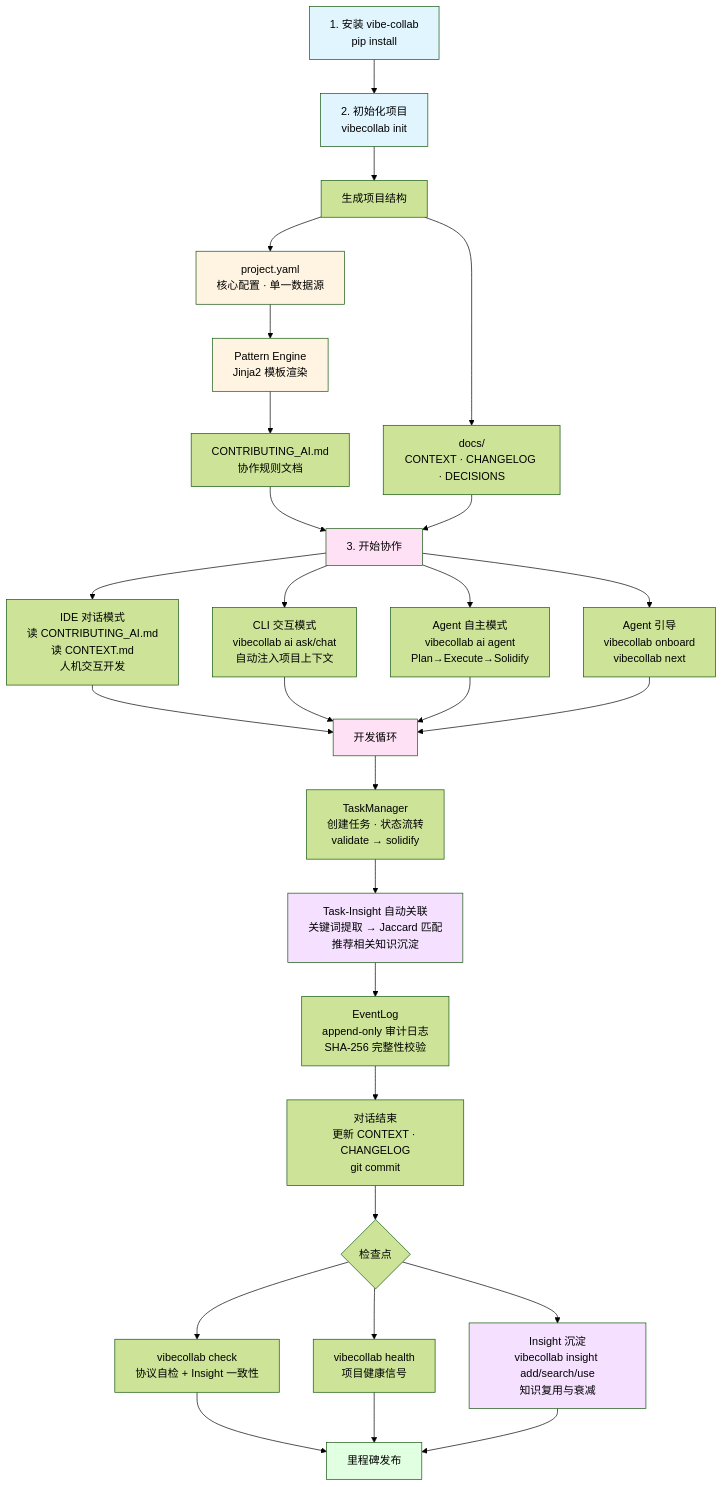
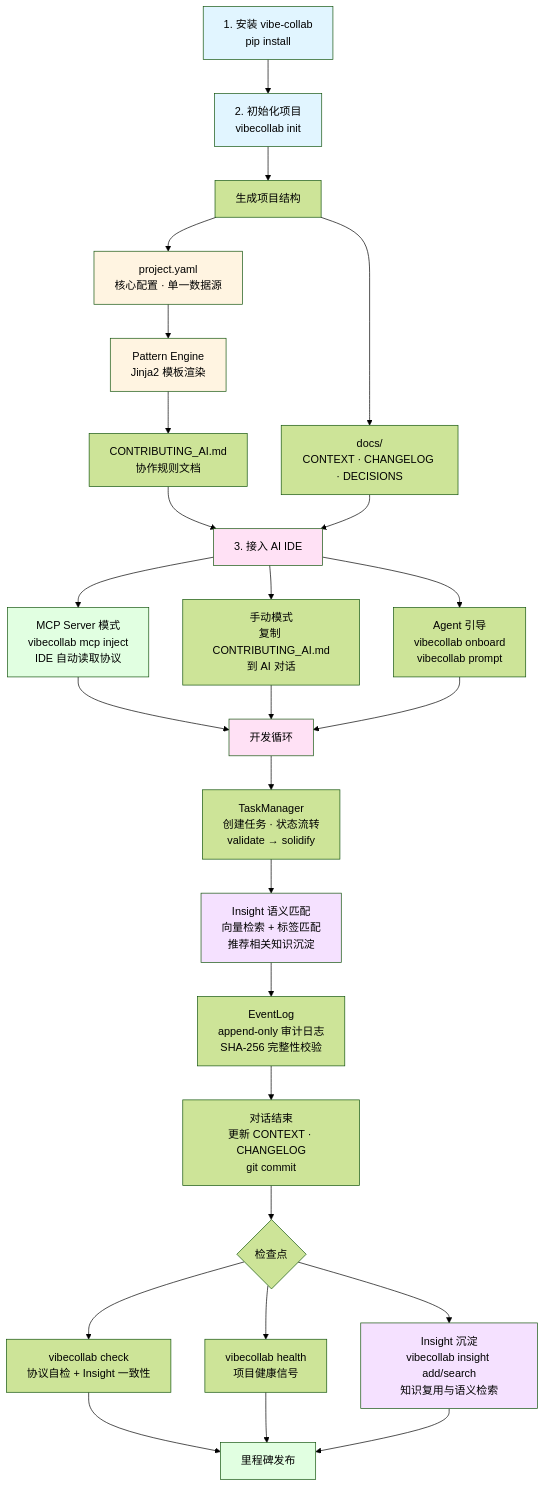
Before and after one commit to flashpoint493/VibeCollab: the first of 2 diagrams in README.md, drawn with Mermaid (forest theme). The commit also changed other lines of this file and 19 other files, not shown here.

````diff
--- a/README.md
+++ b/README.md
@@ -17,47 +17,46 @@
 ```mermaid
 flowchart TD
     A[1. 安装 vibe-collab<br/>pip install] --> B[2. 初始化项目<br/>vibecollab init]
     B --> C[生成项目结构]
     C --> D1[project.yaml<br/>核心配置 · 单一数据源]
     C --> D2[docs/<br/>CONTEXT · CHANGELOG · DECISIONS]
     
     D1 --> E[Pattern Engine<br/>Jinja2 模板渲染]
     E --> F[CONTRIBUTING_AI.md<br/>协作规则文档]
     
-    F --> G[3. 开始协作]
+    F --> G[3. 接入 AI IDE]
     D2 --> G
     
-    G --> M1[IDE 对话模式<br/>读 CONTRIBUTING_AI.md<br/>读 CONTEXT.md<br/>人机交互开发]
-    G --> M2[CLI 交互模式<br/>vibecollab ai ask/chat<br/>自动注入项目上下文]
-    G --> M3[Agent 自主模式<br/>vibecollab ai agent<br/>Plan→Execute→Solidify]
-    G --> M4[Agent 引导<br/>vibecollab onboard<br/>vibecollab next]
+    G --> M0[MCP Server 模式<br/>vibecollab mcp inject<br/>IDE 自动读取协议]
+    G --> M1[手动模式<br/>复制 CONTRIBUTING_AI.md<br/>到 AI 对话]
+    G --> M4[Agent 引导<br/>vibecollab onboard<br/>vibecollab prompt]
     
-    M1 --> H[开发循环]
-    M2 --> H
-    M3 --> H
+    M0 --> H[开发循环]
+    M1 --> H
     M4 --> H
     
     H --> H1[TaskManager<br/>创建任务 · 状态流转<br/>validate → solidify]
-    H1 --> H1a[Task-Insight 自动关联<br/>关键词提取 → Jaccard 匹配<br/>推荐相关知识沉淀]
+    H1 --> H1a[Insight 语义匹配<br/>向量检索 + 标签匹配<br/>推荐相关知识沉淀]
     H1a --> H2[EventLog<br/>append-only 审计日志<br/>SHA-256 完整性校验]
     H2 --> H3[对话结束<br/>更新 CONTEXT · CHANGELOG<br/>git commit]
     
     H3 --> I{检查点}
     I --> I1[vibecollab check<br/>协议自检 + Insight 一致性]
     I --> I2[vibecollab health<br/>项目健康信号]
-    I --> I3[Insight 沉淀<br/>vibecollab insight add/search/use<br/>知识复用与衰减]
+    I --> I3[Insight 沉淀<br/>vibecollab insight add/search<br/>知识复用与语义检索]
     
     I1 --> J[里程碑发布]
     I2 --> J
     I3 --> J
     
     style A fill:#e1f5ff
     style B fill:#e1f5ff
     style D1 fill:#fff4e1
     style E fill:#fff4e1
     style G fill:#ffe1f5
+    style M0 fill:#e1ffe1
     style H fill:#ffe1f5
     style H1a fill:#f5e1ff
     style I3 fill:#f5e1ff
     style J fill:#e1ffe1
 ```
````
